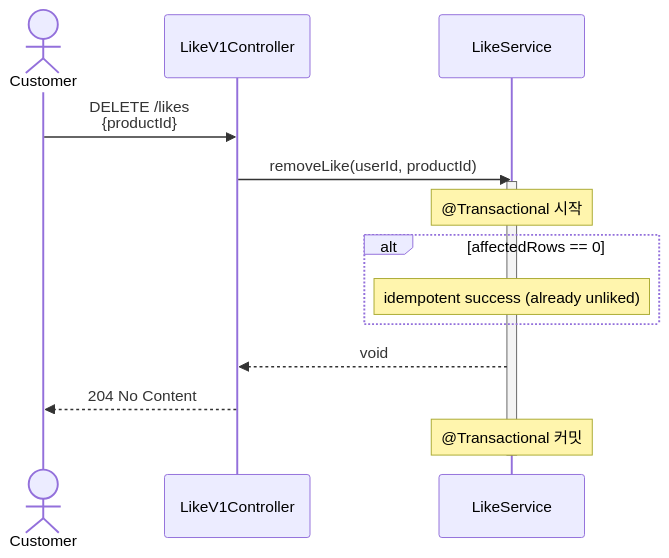
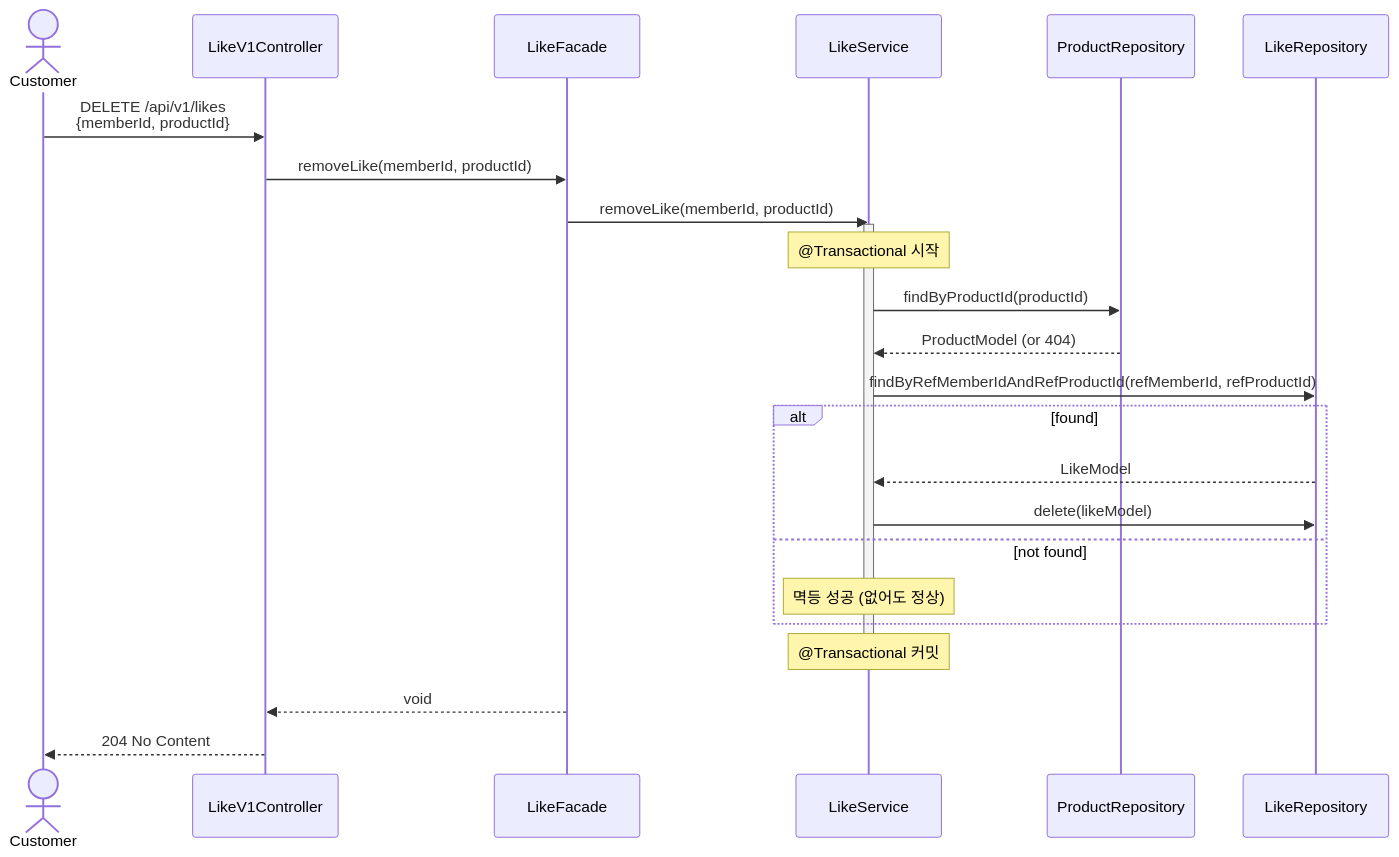
Before and after one commit to YoHanKi/loop-pack-be-l2-vol3-java: the fourth of 5 diagrams in docs/design/02-sequence-diagrams.md, drawn with Mermaid. The commit also changed other lines of this file and 2 other files, not shown here.

````diff
--- a/docs/design/02-sequence-diagrams.md
+++ b/docs/design/02-sequence-diagrams.md
@@ -198,23 +219,35 @@
 ```mermaid
 sequenceDiagram
     actor Customer
     participant Controller as LikeV1Controller
+    participant LikeFacade as LikeFacade
     participant LikeService as LikeService
+    participant ProductRepo as ProductRepository
+    participant LikeRepo as LikeRepository
 
-    Customer->>Controller: DELETE /likes<br/>{productId}
-    Controller->>LikeService: removeLike(userId, productId)
+    Customer->>Controller: DELETE /api/v1/likes<br/>{memberId, productId}
+    Controller->>LikeFacade: removeLike(memberId, productId)
+    LikeFacade->>LikeService: removeLike(memberId, productId)
 
     activate LikeService
     Note over LikeService: @Transactional 시작
 
+    %% 상품 존재 확인
+    LikeService->>ProductRepo: findByProductId(productId)
+    ProductRepo-->>LikeService: ProductModel (or 404)
 
-    alt affectedRows == 0
-        Note over LikeService: idempotent success (already unliked)
+    %% 좋아요 조회 후 삭제 (멱등성 - 없어도 성공)
+    LikeService->>LikeRepo: findByRefMemberIdAndRefProductId(refMemberId, refProductId)
+    alt found
+        LikeRepo-->>LikeService: LikeModel
+        LikeService->>LikeRepo: delete(likeModel)
+    else not found
+        Note over LikeService: 멱등 성공 (없어도 정상)
     end
-
-    LikeService-->>Controller: void
-    Controller-->>Customer: 204 No Content
 
     Note over LikeService: @Transactional 커밋
     deactivate LikeService
+
+    LikeFacade-->>Controller: void
+    Controller-->>Customer: 204 No Content
 ```
````
